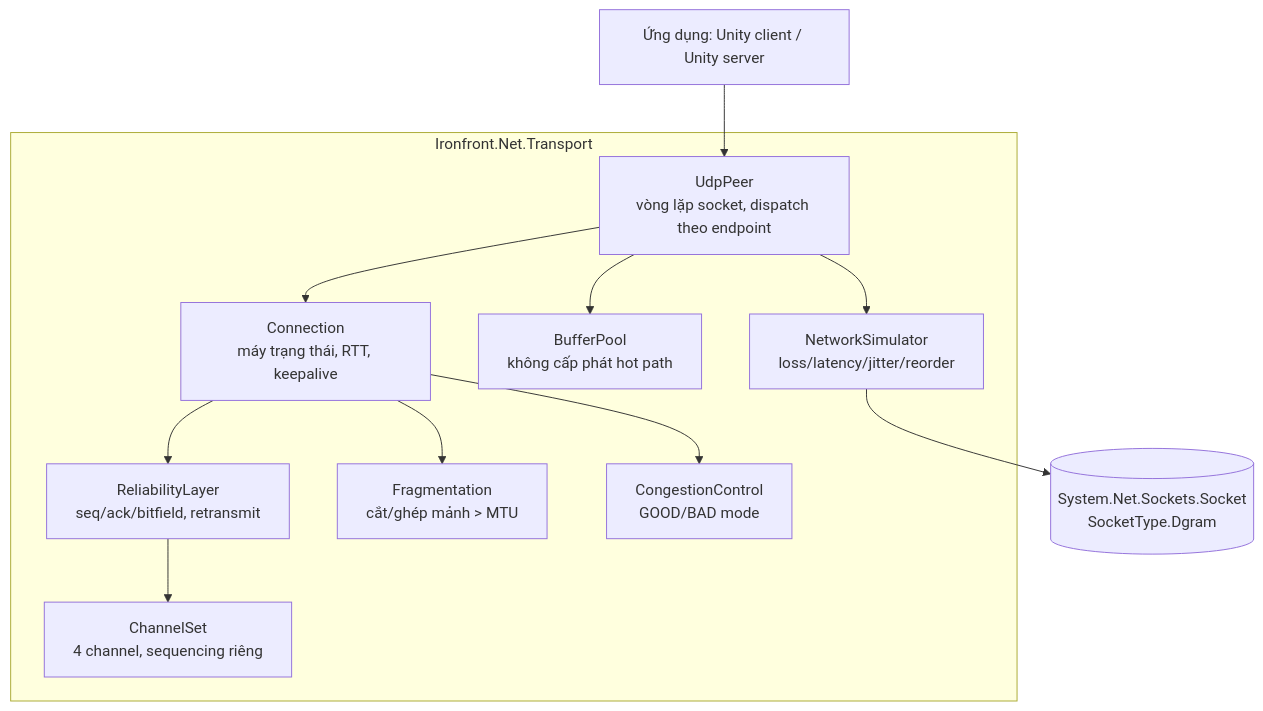
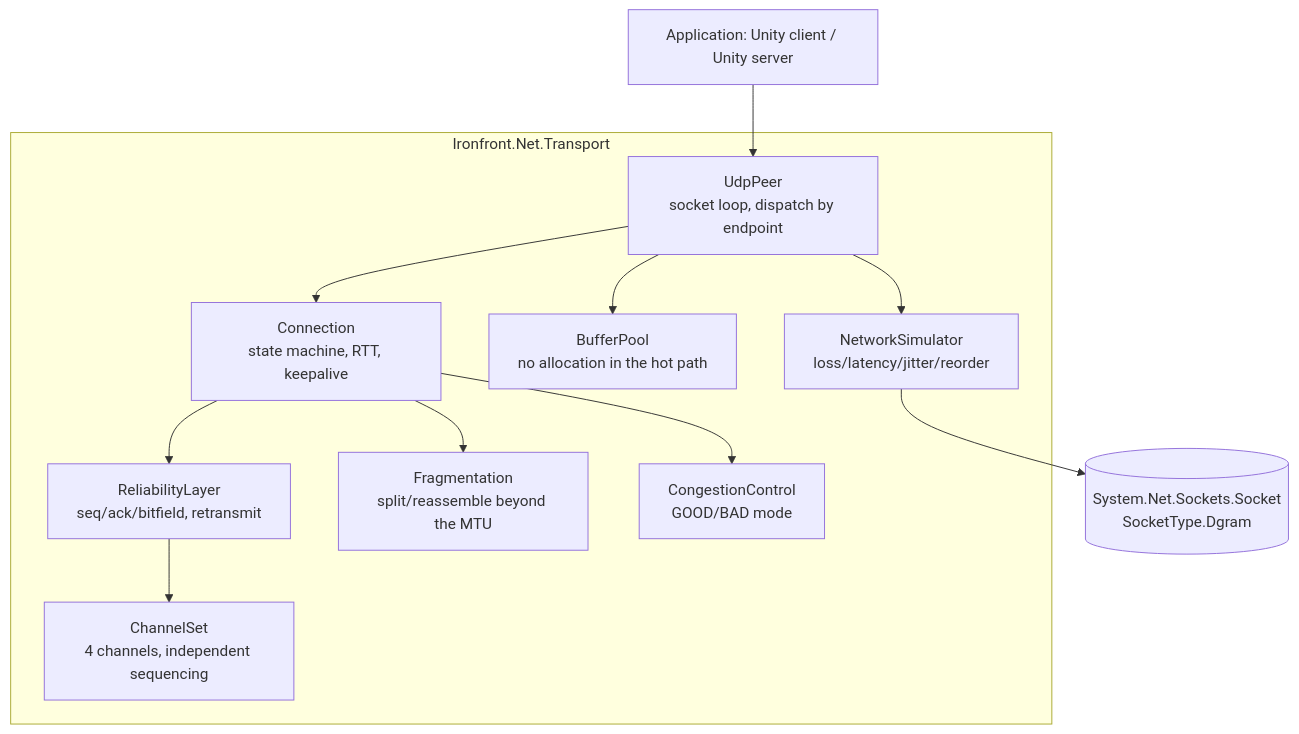
Before and after one commit to Nghaiz/LTM: the diagram in plans/dev-b-transport/plan.md, drawn with Mermaid. The commit also changed other lines of this file and 34 other files, not shown here.

````diff
--- a/plans/dev-b-transport/plan.md
+++ b/plans/dev-b-transport/plan.md
@@ -60,22 +62,22 @@
 ```mermaid
 flowchart TB
-    App[Ứng dụng: Unity client / Unity server]
+    App[Application: Unity client / Unity server]
     subgraph T["Ironfront.Net.Transport"]
-        Peer[UdpPeer<br/>vòng lặp socket, dispatch theo endpoint]
-        Conn[Connection<br/>máy trạng thái, RTT, keepalive]
+        Peer[UdpPeer<br/>socket loop, dispatch by endpoint]
+        Conn[Connection<br/>state machine, RTT, keepalive]
         Rel[ReliabilityLayer<br/>seq/ack/bitfield, retransmit]
-        Chan[ChannelSet<br/>4 channel, sequencing riêng]
-        Frag[Fragmentation<br/>cắt/ghép mảnh > MTU]
+        Chan[ChannelSet<br/>4 channels, independent sequencing]
+        Frag[Fragmentation<br/>split/reassemble beyond the MTU]
         Cong[CongestionControl<br/>GOOD/BAD mode]
-        Pool[BufferPool<br/>không cấp phát hot path]
+        Pool[BufferPool<br/>no allocation in the hot path]
         Sim[NetworkSimulator<br/>loss/latency/jitter/reorder]
     end
     Sock[(System.Net.Sockets.Socket<br/>SocketType.Dgram)]
 
     App --> Peer --> Conn
     Conn --> Rel --> Chan
     Conn --> Frag
     Conn --> Cong
     Peer --> Pool
     Peer --> Sim --> Sock
 ```
````
